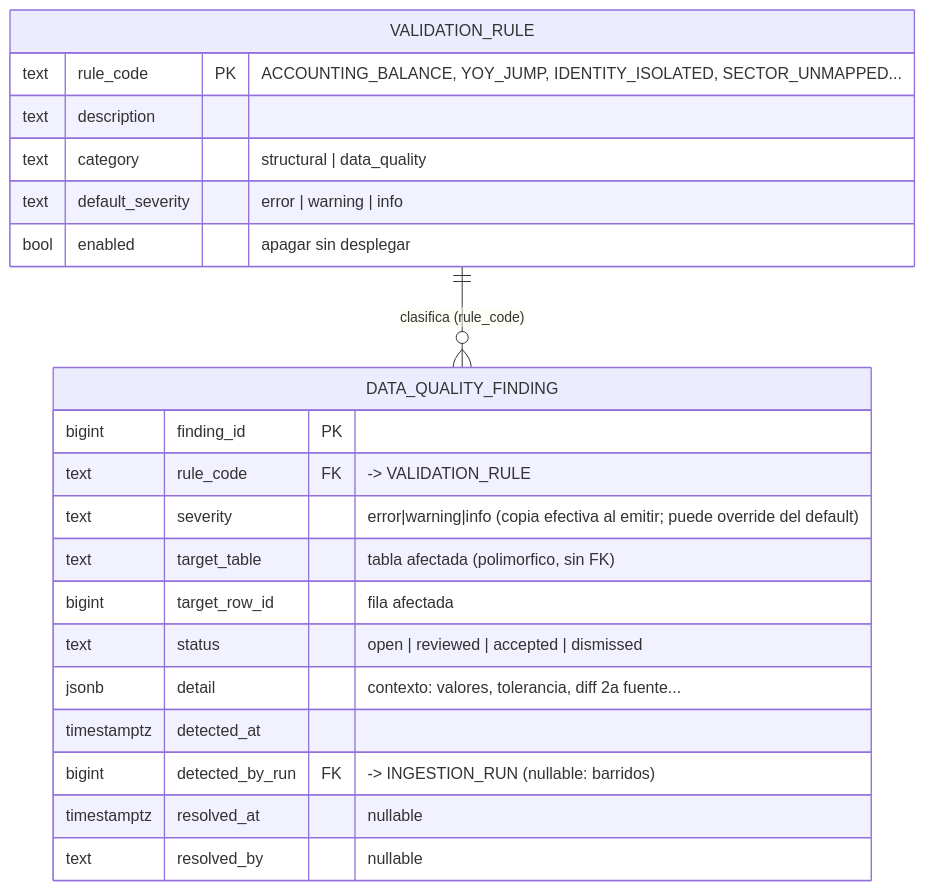
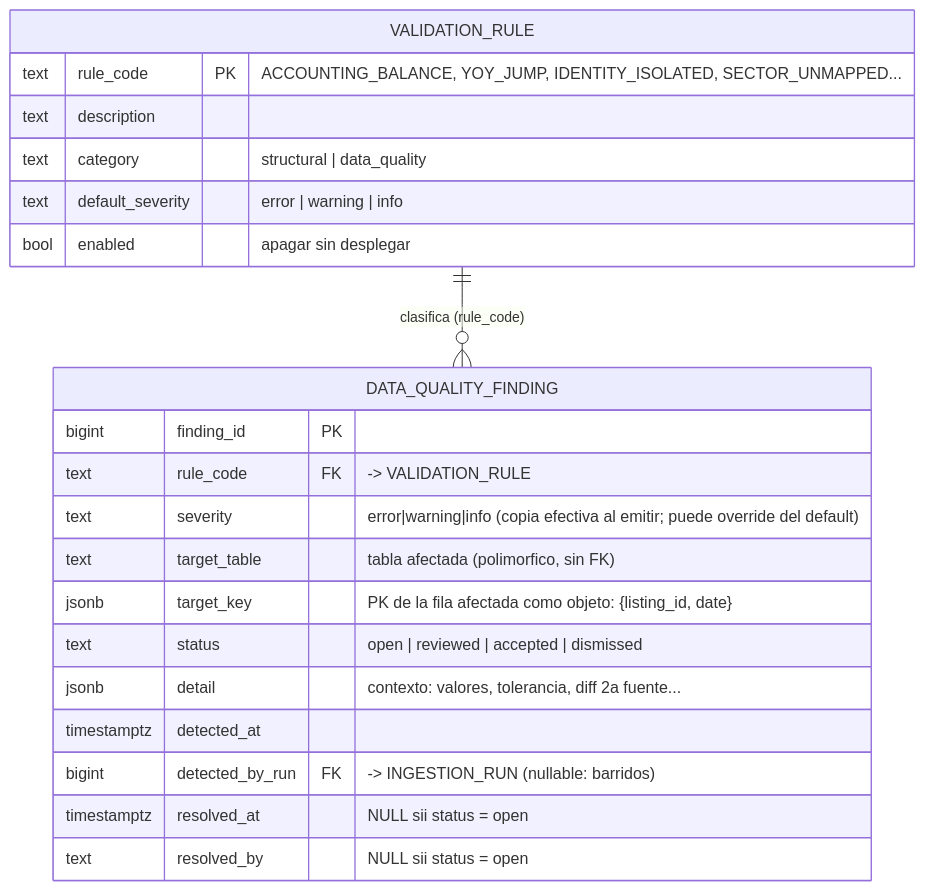
Before and after one commit to DavidPayan8/second-hero-data: the diagram in docs/modelo/modelo-entidades-validacion.md, drawn with Mermaid. The commit also changed other lines of this file and 5 other files, not shown here.

First line of the commit message:
Modelo: clave de fila como jsonb en dimension_audit y data_quality_finding (P10), unicidad y estados de findings (P11)

````diff
--- a/docs/modelo/modelo-entidades-validacion.md
+++ b/docs/modelo/modelo-entidades-validacion.md
@@ -5,26 +5,26 @@
 ```mermaid
 erDiagram
   VALIDATION_RULE ||--o{ DATA_QUALITY_FINDING : "clasifica (rule_code)"
 
   VALIDATION_RULE {
     text rule_code PK "ACCOUNTING_BALANCE, YOY_JUMP, IDENTITY_ISOLATED, SECTOR_UNMAPPED..."
     text description
     text category "structural | data_quality"
     text default_severity "error | warning | info"
     bool enabled "apagar sin desplegar"
   }
 
   DATA_QUALITY_FINDING {
     bigint finding_id PK
     text rule_code FK "-> VALIDATION_RULE"
     text severity "error|warning|info (copia efectiva al emitir; puede override del default)"
     text target_table "tabla afectada (polimorfico, sin FK)"
-    bigint target_row_id "fila afectada"
+    jsonb target_key "PK de la fila afectada como objeto: {listing_id, date}"
     text status "open | reviewed | accepted | dismissed"
     jsonb detail "contexto: valores, tolerancia, diff 2a fuente..."
     timestamptz detected_at
     bigint detected_by_run FK "-> INGESTION_RUN (nullable: barridos)"
-    timestamptz resolved_at "nullable"
-    text resolved_by "nullable"
+    timestamptz resolved_at "NULL sii status = open"
+    text resolved_by "NULL sii status = open"
   }
 ```
````
